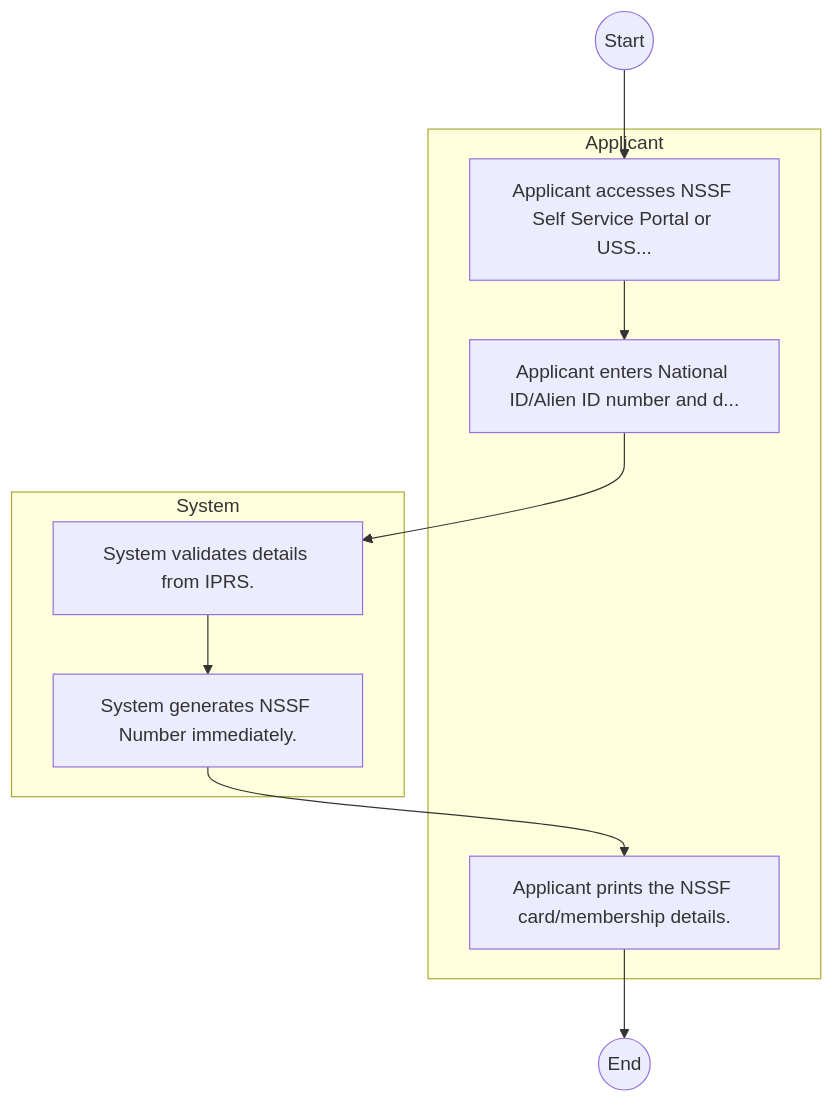
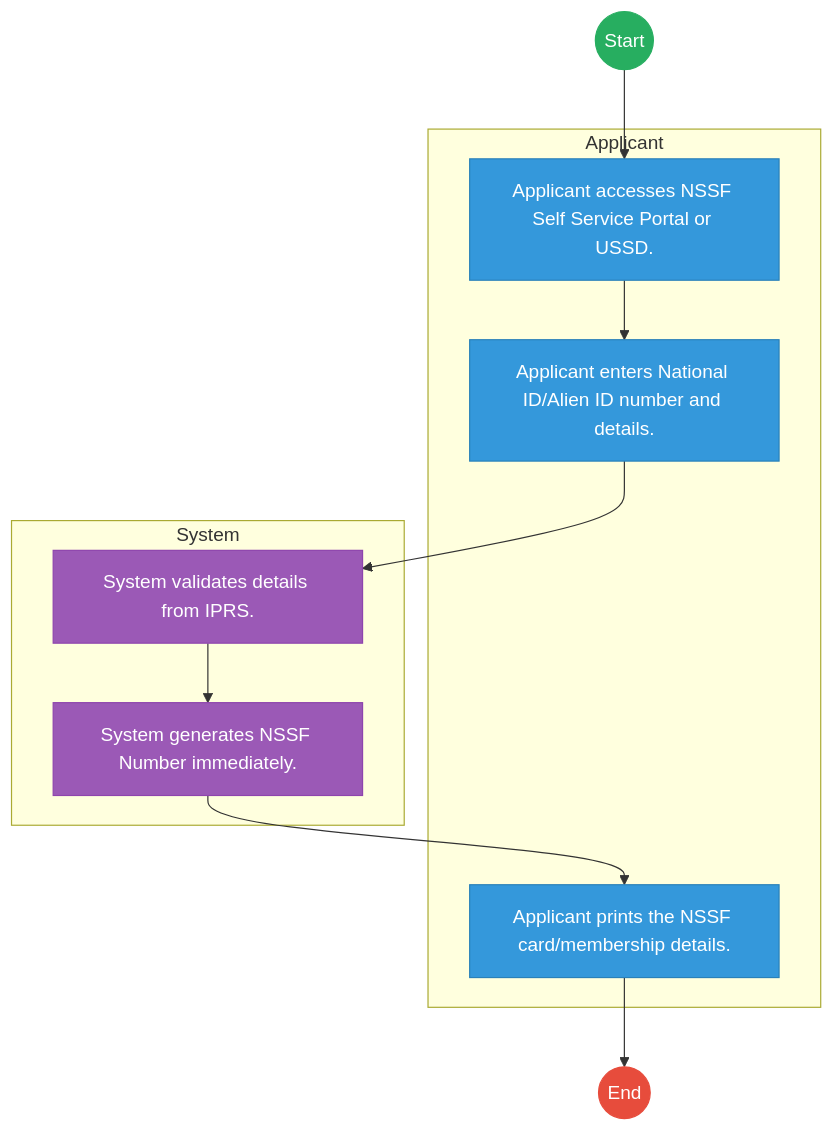
One commit to BITZ-IT-Consulting-LTD/ictapoc changed the first of 2 diagrams in mdas/docs_final/National_Social_Security_Fund___Service_Delivery.md. Above: the diagram before and after it, drawn with Mermaid. The commit also changed other lines of this file and 461 other files, not shown here.

````diff
--- a/mdas/docs_final/National_Social_Security_Fund___Service_Delivery.md
+++ b/mdas/docs_final/National_Social_Security_Fund___Service_Delivery.md
@@ -20,18 +20,30 @@
 ```mermaid
 graph TD
     Start((Start)) --> S1
+
     subgraph Applicant [Applicant]
-        S1["Applicant accesses NSSF Self Service Portal or USS..."]
-        S2["Applicant enters National ID/Alien ID number and d..."]
+        S1["Applicant accesses NSSF Self Service Portal or USSD."]
+        S2["Applicant enters National ID/Alien ID number and details."]
         S5["Applicant prints the NSSF card/membership details."]
     end
+
     subgraph System [System]
         S3["System validates details from IPRS."]
         S4["System generates NSSF Number immediately."]
     end
     S1 --> S2
     S2 --> S3
     S3 --> S4
     S4 --> S5
     S5 --> End((End))
+
+    classDef start fill:#27ae60,stroke:#27ae60,color:#fff;
+    classDef endNode fill:#e74c3c,stroke:#e74c3c,color:#fff;
+    classDef userTask fill:#3498db,stroke:#2980b9,color:#fff;
+    classDef serviceTask fill:#9b59b6,stroke:#8e44ad,color:#fff;
+
+    class Start start;
+    class End endNode;
+    class S1,S2,S5 userTask;
+    class S3,S4 serviceTask;
 ```
````
